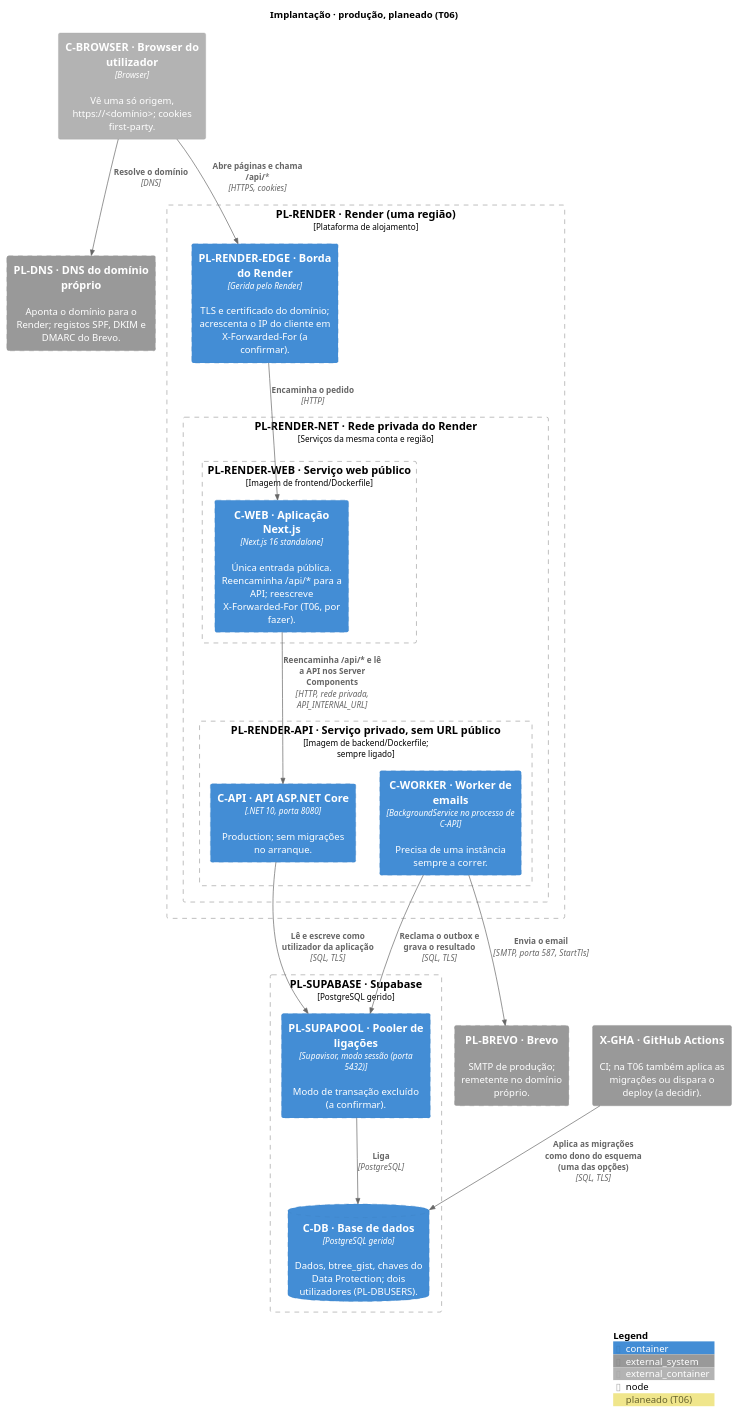
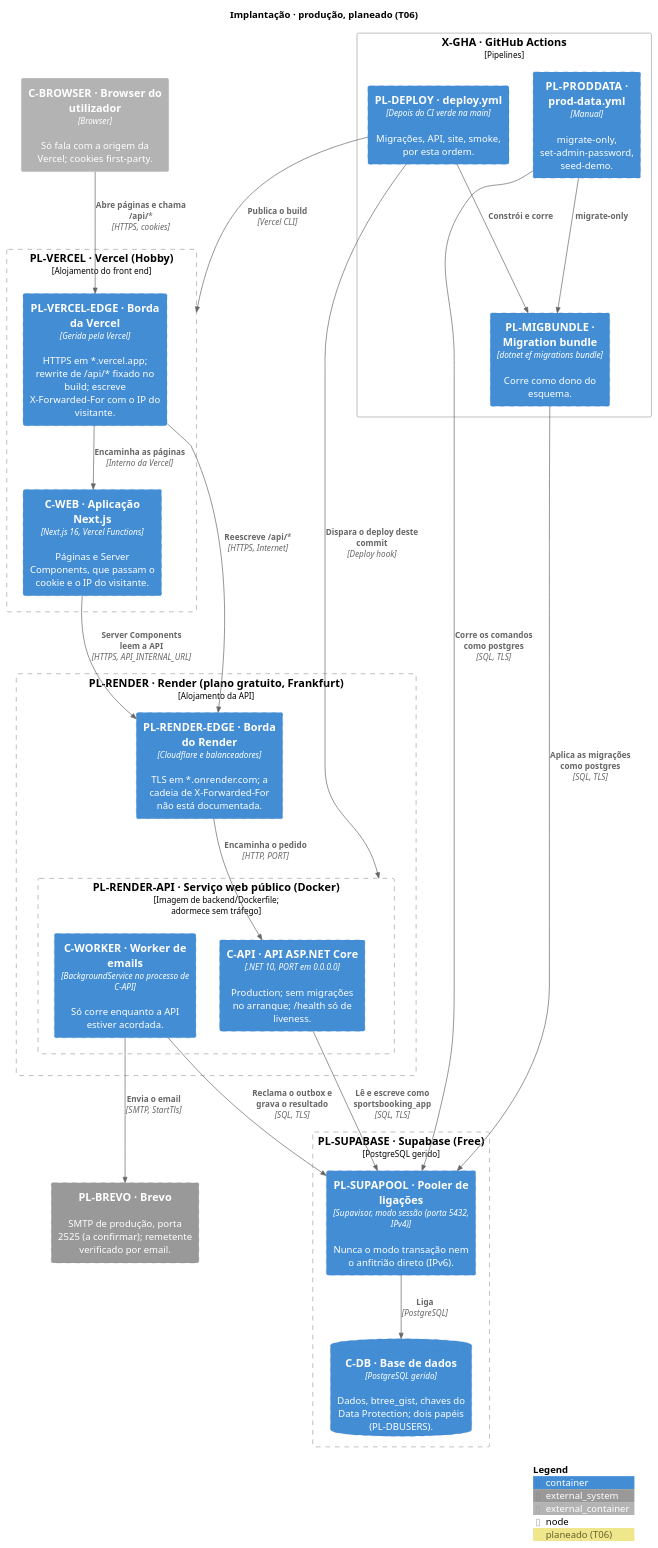
The diagram in docs/architecture/diagrams/06-physical-prod.puml (rodrigo4sousa/SportsEstablishments), drawn with PlantUML before and after one commit. The commit also changed 53 other files, not shown here.

First line of the commit message:
feat(T06): deployment to Vercel and Render

```diff
--- a/docs/architecture/diagrams/06-physical-prod.puml
+++ b/docs/architecture/diagrams/06-physical-prod.puml
@@ -2,45 +2,55 @@
 @startuml 06-physical-prod
 !include <C4/C4_Deployment>
 
 title Implantação · produção, planeado (T06)
 
 LAYOUT_TOP_DOWN()
 HIDE_STEREOTYPE()
 AddElementTag("planeado", $borderStyle=DashedLine(), $legendText="planeado (T06)")
 
-Container_Ext(C_BROWSER, "C-BROWSER · Browser do utilizador", "Browser", "Vê uma só origem, https://<domínio>; cookies first-party.")
-System_Ext(PL_DNS, "PL-DNS · DNS do domínio próprio", "Aponta o domínio para o Render; registos SPF, DKIM e DMARC do Brevo.", $tags="planeado")
-System_Ext(X_GHA, "X-GHA · GitHub Actions", "CI; na T06 também aplica as migrações ou dispara o deploy (a decidir).")
+Container_Ext(C_BROWSER, "C-BROWSER · Browser do utilizador", "Browser", "Só fala com a origem da Vercel; cookies first-party.")
 
-Deployment_Node(PL_RENDER, "PL-RENDER · Render (uma região)", "Plataforma de alojamento", $tags="planeado") {
-  Container(PL_RENDER_EDGE, "PL-RENDER-EDGE · Borda do Render", "Gerida pelo Render", "TLS e certificado do domínio; acrescenta o IP do cliente em X-Forwarded-For (a confirmar).", $tags="planeado")
-  Deployment_Node(PL_RENDER_NET, "PL-RENDER-NET · Rede privada do Render", "Serviços da mesma conta e região", $tags="planeado") {
-    Deployment_Node(PL_RENDER_WEB, "PL-RENDER-WEB · Serviço web público", "Imagem de frontend/Dockerfile", $tags="planeado") {
-      Container(C_WEB, "C-WEB · Aplicação Next.js", "Next.js 16 standalone", "Única entrada pública. Reencaminha /api/* para a API; reescreve X-Forwarded-For (T06, por fazer).", $tags="planeado")
-    }
-    Deployment_Node(PL_RENDER_API, "PL-RENDER-API · Serviço privado, sem URL público", "Imagem de backend/Dockerfile; sempre ligado", $tags="planeado") {
-      Container(C_API, "C-API · API ASP.NET Core", ".NET 10, porta 8080", "Production; sem migrações no arranque.", $tags="planeado")
-      Container(C_WORKER, "C-WORKER · Worker de emails", "BackgroundService no processo de C-API", "Precisa de uma instância sempre a correr.", $tags="planeado")
-    }
+Deployment_Node(PL_VERCEL, "PL-VERCEL · Vercel (Hobby)", "Alojamento do front end", $tags="planeado") {
+  Container(PL_VERCEL_EDGE, "PL-VERCEL-EDGE · Borda da Vercel", "Gerida pela Vercel", "HTTPS em *.vercel.app; rewrite de /api/* fixado no build; escreve X-Forwarded-For com o IP do visitante.", $tags="planeado")
+  Container(C_WEB, "C-WEB · Aplicação Next.js", "Next.js 16, Vercel Functions", "Páginas e Server Components, que passam o cookie e o IP do visitante.", $tags="planeado")
+}
+
+Deployment_Node(PL_RENDER, "PL-RENDER · Render (plano gratuito, Frankfurt)", "Alojamento da API", $tags="planeado") {
+  Container(PL_RENDER_EDGE, "PL-RENDER-EDGE · Borda do Render", "Cloudflare e balanceadores", "TLS em *.onrender.com; a cadeia de X-Forwarded-For não está documentada.", $tags="planeado")
+  Deployment_Node(PL_RENDER_API, "PL-RENDER-API · Serviço web público (Docker)", "Imagem de backend/Dockerfile; adormece sem tráfego", $tags="planeado") {
+    Container(C_API, "C-API · API ASP.NET Core", ".NET 10, PORT em 0.0.0.0", "Production; sem migrações no arranque; /health só de liveness.", $tags="planeado")
+    Container(C_WORKER, "C-WORKER · Worker de emails", "BackgroundService no processo de C-API", "Só corre enquanto a API estiver acordada.", $tags="planeado")
   }
 }
 
-Deployment_Node(PL_SUPABASE, "PL-SUPABASE · Supabase", "PostgreSQL gerido", $tags="planeado") {
-  Container(PL_SUPAPOOL, "PL-SUPAPOOL · Pooler de ligações", "Supavisor, modo sessão (porta 5432)", "Modo de transação excluído (a confirmar).", $tags="planeado")
-  ContainerDb(C_DB, "C-DB · Base de dados", "PostgreSQL gerido", "Dados, btree_gist, chaves do Data Protection; dois utilizadores (PL-DBUSERS).", $tags="planeado")
+Deployment_Node(PL_SUPABASE, "PL-SUPABASE · Supabase (Free)", "PostgreSQL gerido", $tags="planeado") {
+  Container(PL_SUPAPOOL, "PL-SUPAPOOL · Pooler de ligações", "Supavisor, modo sessão (porta 5432, IPv4)", "Nunca o modo transação nem o anfitrião direto (IPv6).", $tags="planeado")
+  ContainerDb(C_DB, "C-DB · Base de dados", "PostgreSQL gerido", "Dados, btree_gist, chaves do Data Protection; dois papéis (PL-DBUSERS).", $tags="planeado")
 }
 
-System_Ext(PL_BREVO, "PL-BREVO · Brevo", "SMTP de produção; remetente no domínio próprio.", $tags="planeado")
+System_Ext(PL_BREVO, "PL-BREVO · Brevo", "SMTP de produção, porta 2525 (a confirmar); remetente verificado por email.", $tags="planeado")
 
-Rel(C_BROWSER, PL_DNS, "Resolve o domínio", "DNS")
-Rel(C_BROWSER, PL_RENDER_EDGE, "Abre páginas e chama /api/*", "HTTPS, cookies")
-Rel(PL_RENDER_EDGE, C_WEB, "Encaminha o pedido", "HTTP")
-Rel(C_WEB, C_API, "Reencaminha /api/* e lê a API nos Server Components", "HTTP, rede privada, API_INTERNAL_URL")
-Rel(C_API, PL_SUPAPOOL, "Lê e escreve como utilizador da aplicação", "SQL, TLS")
+Deployment_Node(X_GHA, "X-GHA · GitHub Actions", "Pipelines") {
+  Container(PL_DEPLOY, "PL-DEPLOY · deploy.yml", "Depois do CI verde na main", "Migrações, API, site, smoke, por esta ordem.", $tags="planeado")
+  Container(PL_PRODDATA, "PL-PRODDATA · prod-data.yml", "Manual", "migrate-only, set-admin-password, seed-demo.", $tags="planeado")
+  Container(PL_MIGBUNDLE, "PL-MIGBUNDLE · Migration bundle", "dotnet ef migrations bundle", "Corre como dono do esquema.", $tags="planeado")
+}
+
+Rel(C_BROWSER, PL_VERCEL_EDGE, "Abre páginas e chama /api/*", "HTTPS, cookies")
+Rel(PL_VERCEL_EDGE, C_WEB, "Encaminha as páginas", "Interno da Vercel")
+Rel(PL_VERCEL_EDGE, PL_RENDER_EDGE, "Reescreve /api/*", "HTTPS, Internet")
+Rel(C_WEB, PL_RENDER_EDGE, "Server Components leem a API", "HTTPS, API_INTERNAL_URL")
+Rel(PL_RENDER_EDGE, C_API, "Encaminha o pedido", "HTTP, PORT")
+Rel(C_API, PL_SUPAPOOL, "Lê e escreve como sportsbooking_app", "SQL, TLS")
 Rel(C_WORKER, PL_SUPAPOOL, "Reclama o outbox e grava o resultado", "SQL, TLS")
 Rel(PL_SUPAPOOL, C_DB, "Liga", "PostgreSQL")
-Rel(C_WORKER, PL_BREVO, "Envia o email", "SMTP, porta 587, StartTls")
-Rel(X_GHA, C_DB, "Aplica as migrações como dono do esquema (uma das opções)", "SQL, TLS")
+Rel(C_WORKER, PL_BREVO, "Envia o email", "SMTP, StartTls")
+Rel(PL_DEPLOY, PL_MIGBUNDLE, "Constrói e corre", "")
+Rel(PL_PRODDATA, PL_MIGBUNDLE, "migrate-only", "")
+Rel(PL_MIGBUNDLE, PL_SUPAPOOL, "Aplica as migrações como postgres", "SQL, TLS")
+Rel(PL_PRODDATA, PL_SUPAPOOL, "Corre os comandos como postgres", "SQL, TLS")
+Rel(PL_DEPLOY, PL_RENDER_API, "Dispara o deploy deste commit", "Deploy hook")
+Rel(PL_DEPLOY, PL_VERCEL, "Publica o build", "Vercel CLI")
 
 SHOW_LEGEND()
 @enduml
```
